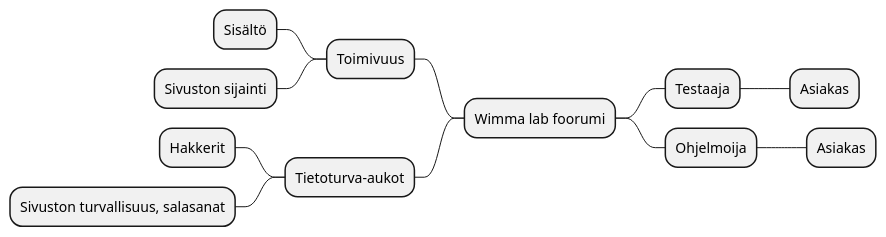
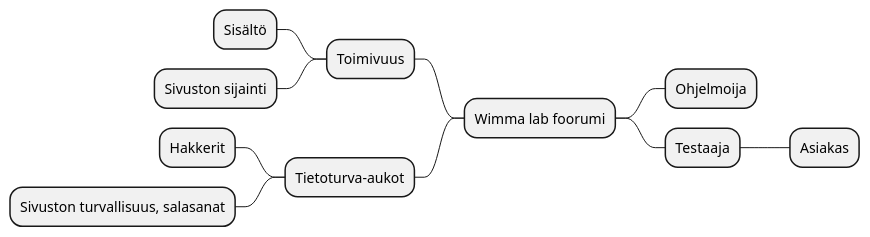
One commit to Pipe80/Projekti-ja-k-yt-neteet-kurssi changed the first of 5 diagrams in dokumentit/20-Vaatimustenhallinta/vaatimusmaaritely-tiivis.md. Above: the diagram before and after it, drawn with PlantUML.

````diff
--- a/dokumentit/20-Vaatimustenhallinta/vaatimusmaaritely-tiivis.md
+++ b/dokumentit/20-Vaatimustenhallinta/vaatimusmaaritely-tiivis.md
@@ -23,15 +23,14 @@
 ```plantuml
 @startmindmap
 + Wimma lab foorumi
+++ Ohjelmoija
 ++ Testaaja
-+++ Asiakas
-++ Ohjelmoija
 +++ Asiakas
 -- Toimivuus
 --- Sisältö
 --- Sivuston sijainti
 -- Tietoturva-aukot
 --- Hakkerit
 --- Sivuston turvallisuus, salasanat
 @endmindmap
 ```
````
